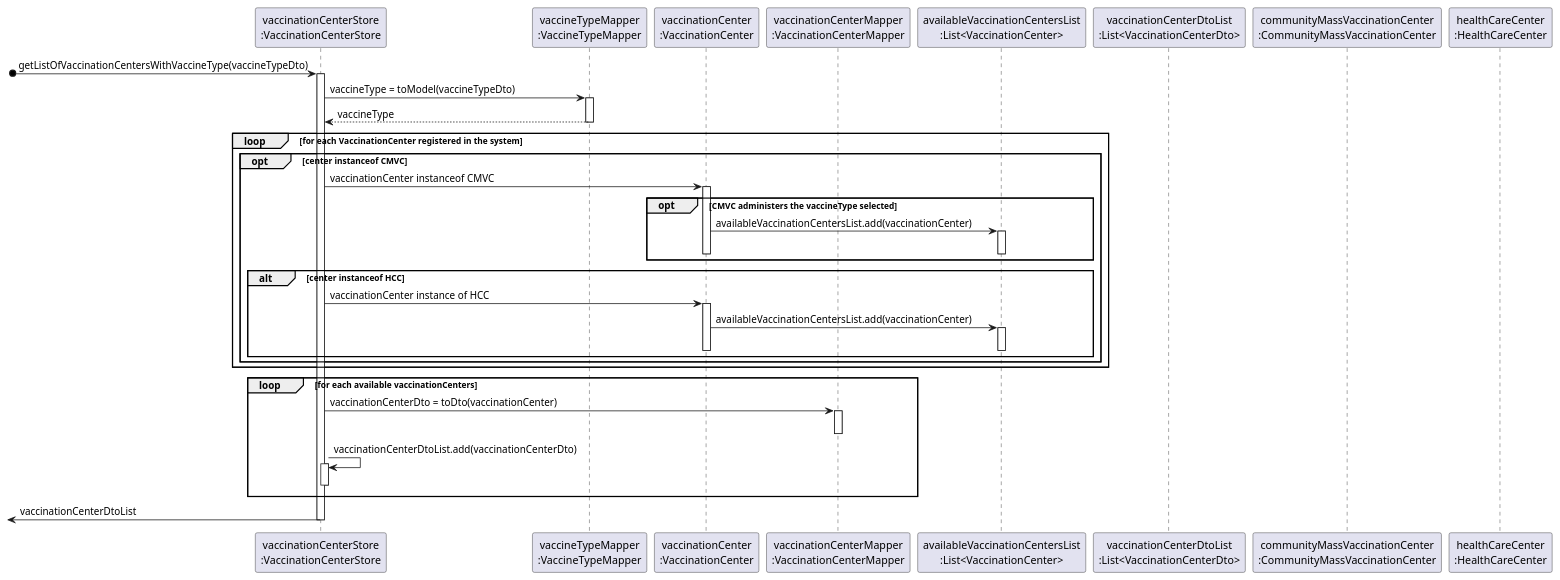
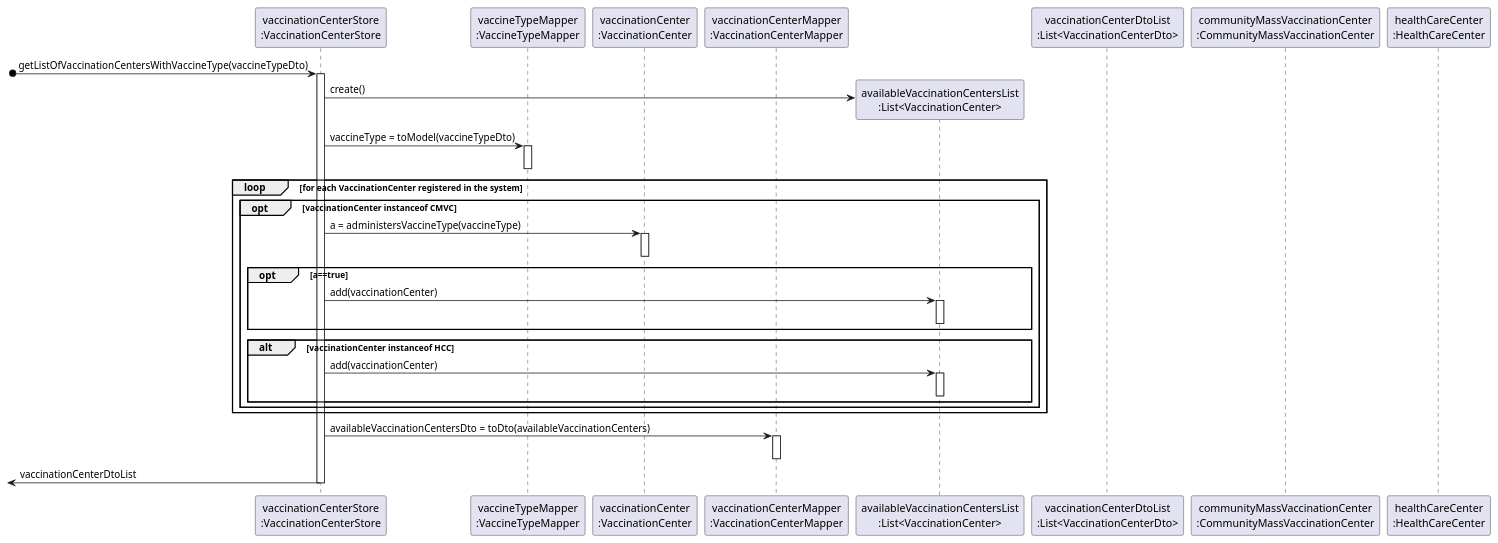
One commit to miseEnPlace-i/lapr2 changed the diagram in docs/SprintC/US02/SD/SD_VaccinationCenter_toDto_List.puml. Above: the diagram before and after it, drawn with PlantUML. The commit also changed 2 other files, not shown here.

Commit message:
docs(US02): updated SD vaccinationCenterDtoList

```diff
--- a/docs/SprintC/US02/SD/SD_VaccinationCenter_toDto_List.puml
+++ b/docs/SprintC/US02/SD/SD_VaccinationCenter_toDto_List.puml
@@ -1,61 +1,51 @@
 @startuml SD_VaccinationCenter_toDto_List
 
 participant "vaccinationCenterStore\n:VaccinationCenterStore" as CENTERSTORE
 participant "vaccineTypeMapper\n:VaccineTypeMapper" as VACCINEMAPPER
 participant "vaccinationCenter\n:VaccinationCenter" as CENTER
 participant "vaccinationCenterMapper\n:VaccinationCenterMapper" as CENTERMAPPER
 participant "availableVaccinationCentersList\n:List<VaccinationCenter>" as CENTERLIST
 participant "vaccinationCenterDtoList\n:List<VaccinationCenterDto>" as CENTERDTOLIST
 participant "communityMassVaccinationCenter\n:CommunityMassVaccinationCenter"
 participant "healthCareCenter\n:HealthCareCenter" 
 
 [o-> CENTERSTORE : getListOfVaccinationCentersWithVaccineType(vaccineTypeDto)
 activate CENTERSTORE
 
+CENTERSTORE -> CENTERLIST** : create()
+
 CENTERSTORE -> VACCINEMAPPER : vaccineType = toModel(vaccineTypeDto)
 activate VACCINEMAPPER
-
-VACCINEMAPPER --> CENTERSTORE : vaccineType
 deactivate VACCINEMAPPER
 
+loop for each VaccinationCenter registered in the system
+opt vaccinationCenter instanceof CMVC
 
+CENTERSTORE -> CENTER : a = administersVaccineType(vaccineType)
+activate CENTER 
+deactivate CENTER
 
-loop for each VaccinationCenter registered in the system
-opt center instanceof CMVC
-
-CENTERSTORE -> CENTER : vaccinationCenter instanceof CMVC
-activate CENTER 
-
-opt CMVC administers the vaccineType selected
-CENTER -> CENTERLIST : availableVaccinationCentersList.add(vaccinationCenter)
+opt a==true
+CENTERSTORE -> CENTERLIST : add(vaccinationCenter)
 activate CENTERLIST
 deactivate CENTERLIST
 deactivate CENTER
 end
 
-alt center instanceof HCC
-CENTERSTORE -> CENTER :  vaccinationCenter instance of HCC
-activate CENTER
-CENTER -> CENTERLIST : availableVaccinationCentersList.add(vaccinationCenter)
+alt vaccinationCenter instanceof HCC
+CENTERSTORE -> CENTERLIST : add(vaccinationCenter)
 activate CENTERLIST
 deactivate CENTERLIST
 deactivate CENTER
 end
 end
 end
 
-loop for each available vaccinationCenters
-
-CENTERSTORE -> CENTERMAPPER : vaccinationCenterDto = toDto(vaccinationCenter)
+CENTERSTORE -> CENTERMAPPER : availableVaccinationCentersDto = toDto(availableVaccinationCenters)
 activate CENTERMAPPER
 deactivate CENTERMAPPER
 
-CENTERSTORE -> CENTERSTORE : vaccinationCenterDtoList.add(vaccinationCenterDto)
-activate CENTERSTORE
-deactivate CENTERSTORE
-
-end
 [<-CENTERSTORE : vaccinationCenterDtoList
 deactivate CENTERSTORE
 
 @enduml
```
